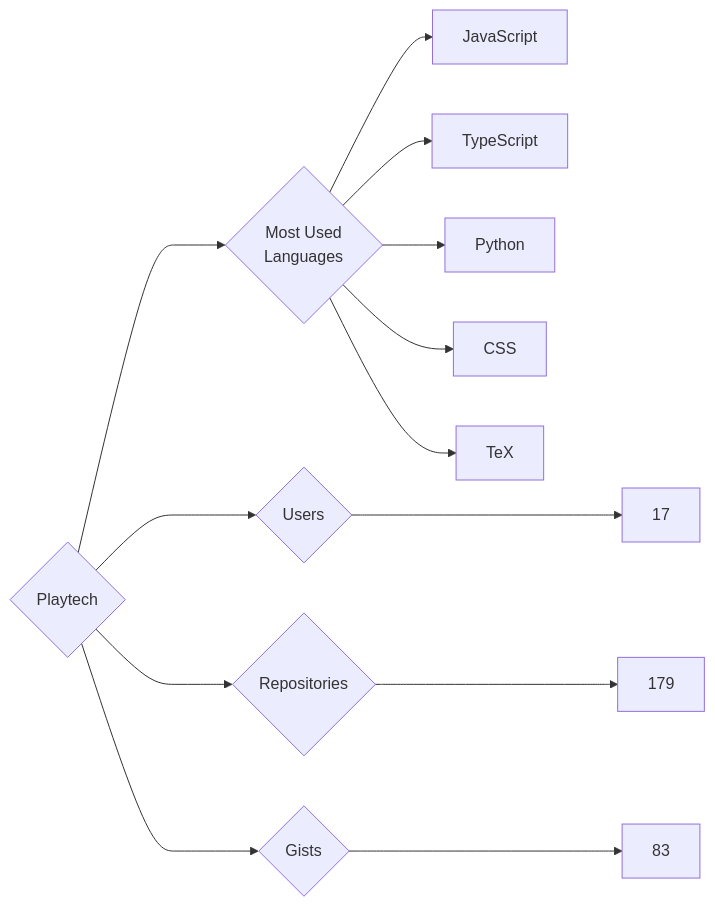
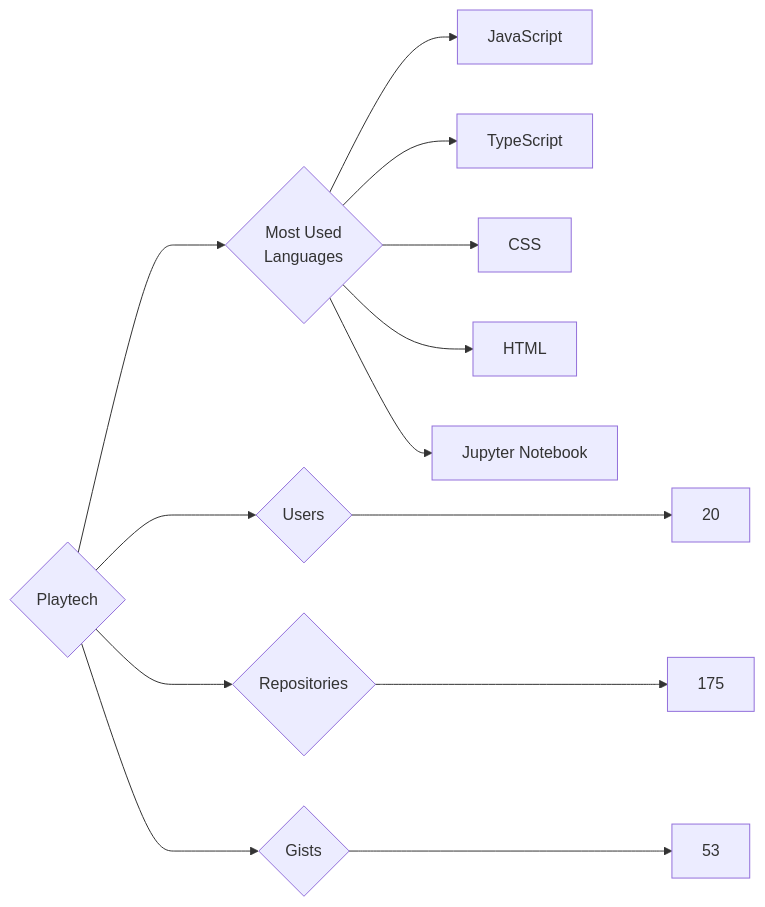
Before and after one commit to trickest/insiders: the diagram in targets/Playtech/README.md, drawn with Mermaid. The commit also changed 940 other files, not shown here.

````diff
--- a/targets/Playtech/README.md
+++ b/targets/Playtech/README.md
@@ -3,13 +3,13 @@
 ```mermaid
 graph LR
 COMPANY_NAME{Playtech}
-COMPANY_NAME ---> U{Users} ---> UN[17]
-COMPANY_NAME ---> R{Repositories} ---> RN[179]
-COMPANY_NAME ---> G{Gists} ---> GN[83]
+COMPANY_NAME ---> U{Users} ---> UN[20]
+COMPANY_NAME ---> R{Repositories} ---> RN[175]
+COMPANY_NAME ---> G{Gists} ---> GN[53]
 COMPANY_NAME ---> ML{Most Used<br>Languages}
 ML --> JavaScript[JavaScript]
 ML --> TypeScript[TypeScript]
-ML --> Python[Python]
 ML --> CSS[CSS]
-ML --> TeX[TeX]
+ML --> HTML[HTML]
+ML --> Jupyter_Notebook[Jupyter Notebook]
 ```
````
